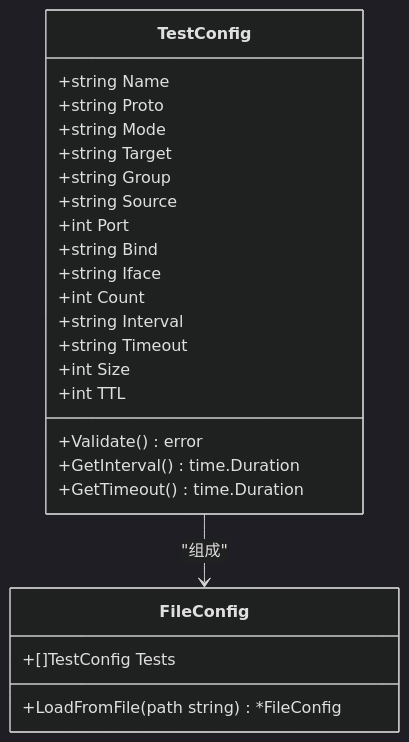
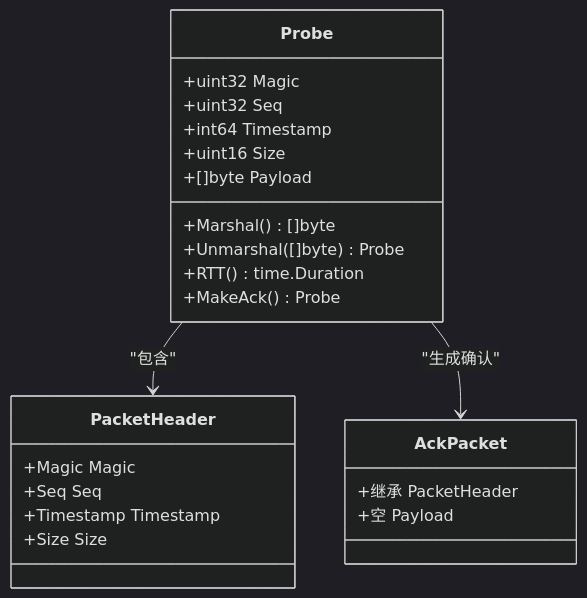
The sixth of 7 diagrams in .qoder/repowiki/zh/content/项目概述.md (yanzhen74/ping-x), drawn with Mermaid (dark theme) before and after one commit. The commit also changed other lines of this file and 16 other files, not shown here.

````diff
--- a/.qoder/repowiki/zh/content/项目概述.md
+++ b/.qoder/repowiki/zh/content/项目概述.md
@@ -270,27 +360,26 @@
 ```mermaid
 classDiagram
-class TestConfig {
-+string Name
-+string Proto
-+string Mode
-+string Target
-+string Group
-+string Source
-+int Port
-+string Bind
-+string Iface
-+int Count
-+string Interval
-+string Timeout
-+int Size
-+int TTL
-+Validate() error
-+GetInterval() time.Duration
-+GetTimeout() time.Duration
+class Probe {
++uint32 Magic
++uint32 Seq
++int64 Timestamp
++uint16 Size
++[]byte Payload
++Marshal() []byte
++Unmarshal([]byte) Probe
++RTT() time.Duration
++MakeAck() Probe
 }
-class FileConfig {
-+[]TestConfig Tests
-+LoadFromFile(path string) *FileConfig
+class PacketHeader {
++Magic Magic
++Seq Seq
++Timestamp Timestamp
++Size Size
 }
-TestConfig --> FileConfig : "组成"
+class AckPacket {
++继承 PacketHeader
++空 Payload
+}
+Probe --> PacketHeader : "包含"
+Probe --> AckPacket : "生成确认"
 ```
````
